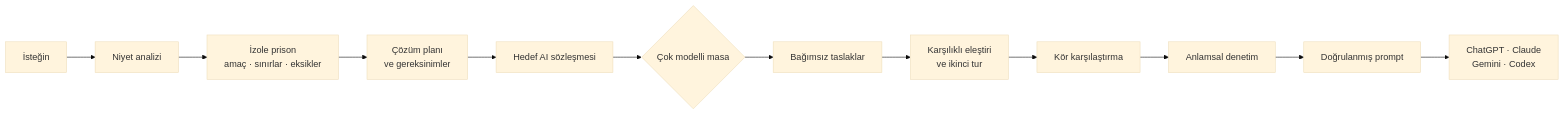
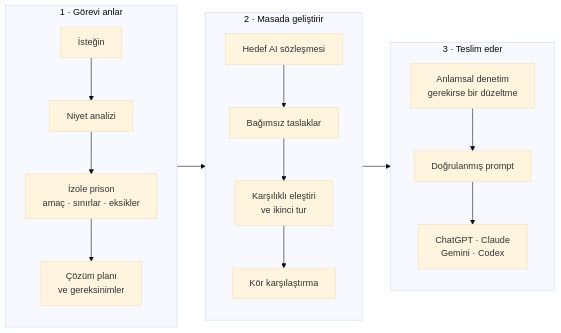
One commit to muhammetaycn/prison changed the diagram in README.md. Above: the diagram before and after it, drawn with Mermaid (base theme). The commit also changed other lines of this file, not shown here.

Commit message:
README: compact three-stage flow diagram

````diff
--- a/README.md
+++ b/README.md
@@ -71,14 +71,21 @@
 ```mermaid
 flowchart LR
-  A[İsteğin] --> B[Niyet analizi]
-  B --> C["İzole prison<br/>amaç · sınırlar · eksikler"]
-  C --> D["Çözüm planı<br/>ve gereksinimler"]
-  D --> E[Hedef AI sözleşmesi]
-  E --> F{Çok modelli masa}
-  F --> G[Bağımsız taslaklar]
-  G --> H["Karşılıklı eleştiri<br/>ve ikinci tur"]
-  H --> I[Kör karşılaştırma]
-  I --> J[Anlamsal denetim]
-  J --> K[Doğrulanmış prompt]
-  K --> L["ChatGPT · Claude<br/>Gemini · Codex"]
+  subgraph S1["1 · Görevi anlar"]
+    direction TB
+    A[İsteğin] --> B[Niyet analizi]
+    B --> C["İzole prison<br/>amaç · sınırlar · eksikler"]
+    C --> D["Çözüm planı<br/>ve gereksinimler"]
+  end
+  subgraph S2["2 · Masada geliştirir"]
+    direction TB
+    E[Hedef AI sözleşmesi] --> F[Bağımsız taslaklar]
+    F --> G["Karşılıklı eleştiri<br/>ve ikinci tur"]
+    G --> H[Kör karşılaştırma]
+  end
+  subgraph S3["3 · Teslim eder"]
+    direction TB
+    I["Anlamsal denetim<br/>gerekirse bir düzeltme"] --> J[Doğrulanmış prompt]
+    J --> K["ChatGPT · Claude<br/>Gemini · Codex"]
+  end
+  S1 --> S2 --> S3
 ```
````
